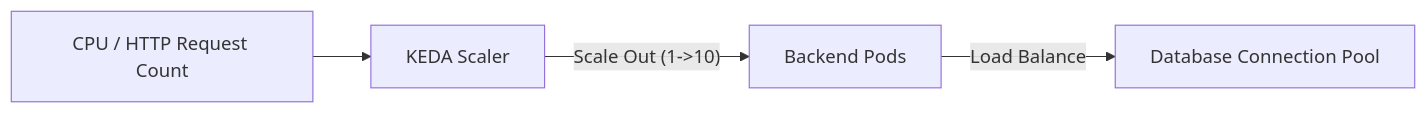
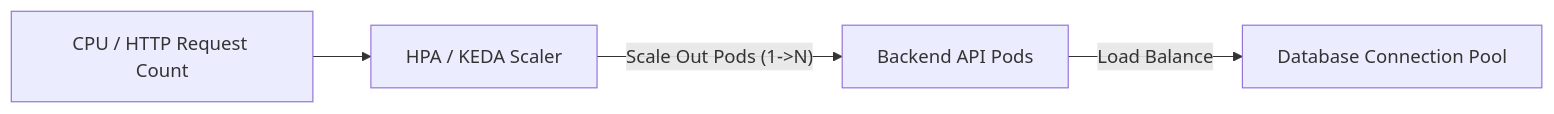
The third of 6 diagrams in docs/backend_documentation.md (alagusundarams/swagger-scorer), drawn with Mermaid before and after one commit. The commit also changed other lines of this file and 9 other files, not shown here.

Commit message:
docs: comprehensive architecture, etl, and identity sync documentation

````diff
--- a/docs/backend_documentation.md
+++ b/docs/backend_documentation.md
@@ -86,6 +86,6 @@
 ```mermaid
 graph LR
-    Metric[CPU / HTTP Request Count] --> KEDA[KEDA Scaler]
-    KEDA -- "Scale Out (1->10)" --> Pods[Backend Pods]
-    Pods -- "Load Balance" --> DB[Database Connection Pool]
+    Metric["CPU / HTTP Request Count"] --> HPA["HPA / KEDA Scaler"]
+    HPA -- "Scale Out Pods (1->N)" --> Pods["Backend API Pods"]
+    Pods -- "Load Balance" --> DB["Database Connection Pool"]
 ```
````
